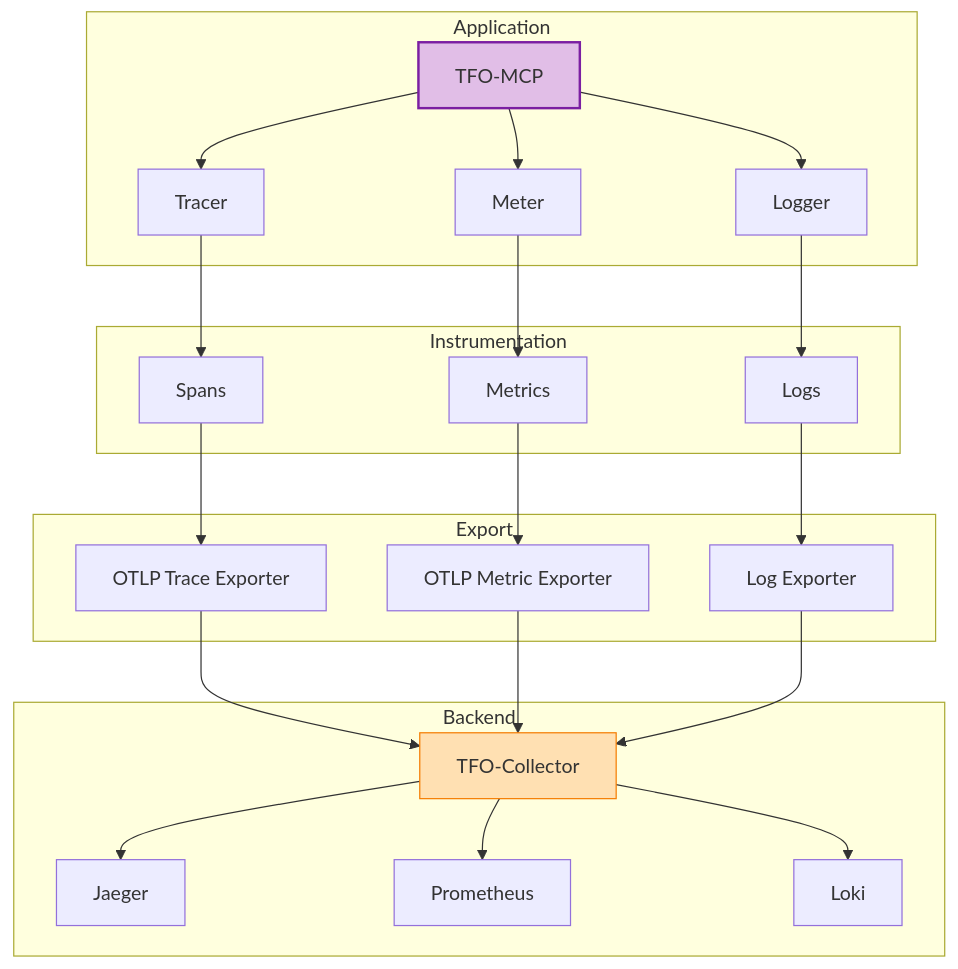
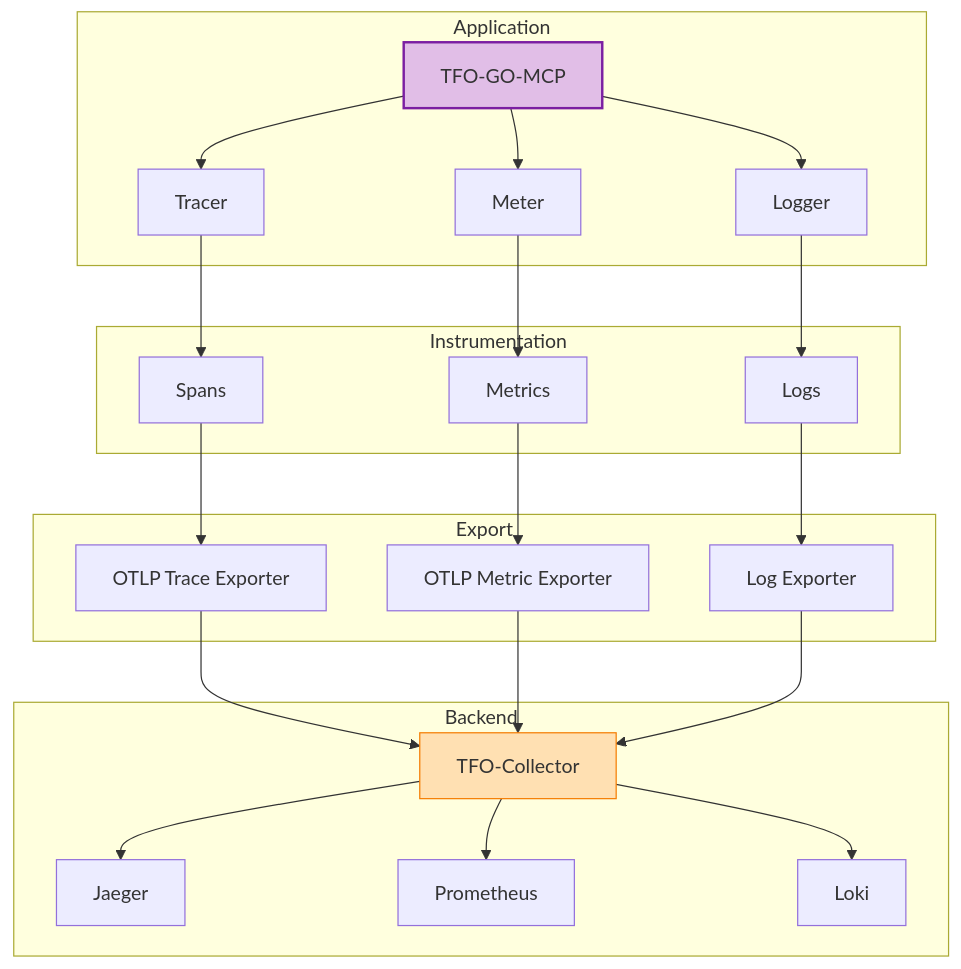
Diagram 28 of 30 in docs/ARCHITECTURE.md (telemetryflow/telemetryflow-mcp), drawn with Mermaid before and after one commit. The commit also changed other lines of this file and 81 other files, not shown here.

Commit message:
fix: Refactoring TFO-MCP to TFO-GO-MCP

````diff
--- a/docs/ARCHITECTURE.md
+++ b/docs/ARCHITECTURE.md
@@ -1382,51 +1382,51 @@
 ```mermaid
 graph TB
     subgraph "Application"
-        APP[TFO-MCP]
+        APP[TFO-GO-MCP]
         TRACER[Tracer]
         METER[Meter]
         LOGGER[Logger]
     end
 
     subgraph "Instrumentation"
         SPANS[Spans]
         METRICS[Metrics]
         LOGS[Logs]
     end
 
     subgraph "Export"
         OTLP_TRACE[OTLP Trace Exporter]
         OTLP_METRIC[OTLP Metric Exporter]
         LOG_EXP[Log Exporter]
     end
 
     subgraph "Backend"
         COLLECTOR[TFO-Collector]
         JAEGER[Jaeger]
         PROM[Prometheus]
         LOKI[Loki]
     end
 
     APP --> TRACER
     APP --> METER
     APP --> LOGGER
 
     TRACER --> SPANS
     METER --> METRICS
     LOGGER --> LOGS
 
     SPANS --> OTLP_TRACE
     METRICS --> OTLP_METRIC
     LOGS --> LOG_EXP
 
     OTLP_TRACE --> COLLECTOR
     OTLP_METRIC --> COLLECTOR
     LOG_EXP --> COLLECTOR
 
     COLLECTOR --> JAEGER
     COLLECTOR --> PROM
     COLLECTOR --> LOKI
 
     style APP fill:#E1BEE7,stroke:#7B1FA2,stroke-width:2px
     style COLLECTOR fill:#FFE0B2,stroke:#F57C00
 ```
````
